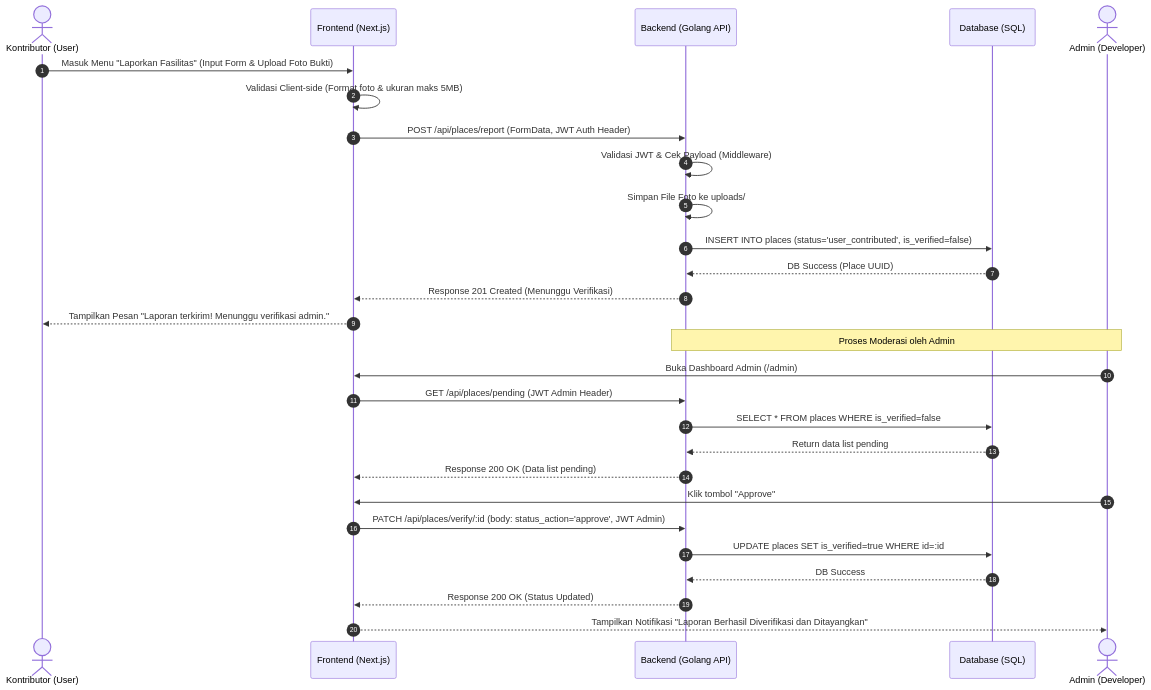
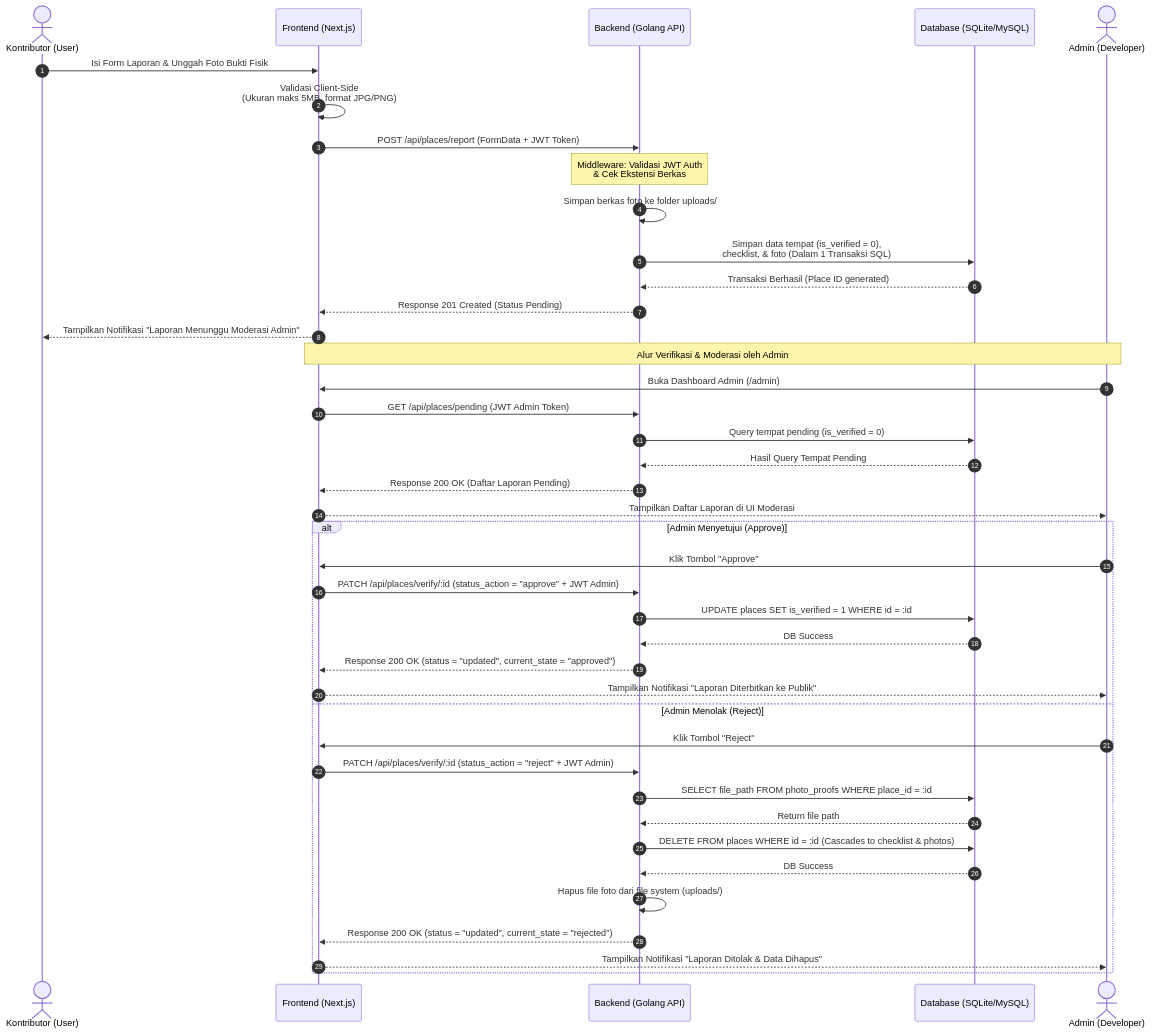
One commit to DisaCare/DisaCare_test changed the second of 2 diagrams in README.md. Above: the diagram before and after it, drawn with Mermaid. The commit also changed other lines of this file and 2 other files, not shown here.

````diff
--- a/README.md
+++ b/README.md
@@ -106,32 +118,46 @@
 ```mermaid
 sequenceDiagram
     autonumber
     actor K as Kontributor (User)
     participant F as Frontend (Next.js)
     participant B as Backend (Golang API)
-    participant D as Database (SQL)
+    participant DB as Database (SQLite/MySQL)
     actor A as Admin (Developer)
 
-    K->>F: Masuk Menu "Laporkan Fasilitas" (Input Form & Upload Foto Bukti)
-    F->>F: Validasi Client-side (Format foto & ukuran maks 5MB)
-    F->>B: POST /api/places/report (FormData, JWT Auth Header)
-    B->>B: Validasi JWT & Cek Payload (Middleware)
-    B->>B: Simpan File Foto ke uploads/
-    B->>D: INSERT INTO places (status='user_contributed', is_verified=false)
-    D-->>B: DB Success (Place UUID)
-    B-->>F: Response 201 Created (Menunggu Verifikasi)
-    F-->>K: Tampilkan Pesan "Laporan terkirim! Menunggu verifikasi admin."
+    K->>F: Isi Form Laporan & Unggah Foto Bukti Fisik
+    F->>F: Validasi Client-Side<br/>(Ukuran maks 5MB, format JPG/PNG)
+    F->>B: POST /api/places/report (FormData + JWT Token)
+    Note over B: Middleware: Validasi JWT Auth<br/>& Cek Ekstensi Berkas
+    B->>B: Simpan berkas foto ke folder uploads/
+    B->>DB: Simpan data tempat (is_verified = 0),<br/>checklist, & foto (Dalam 1 Transaksi SQL)
+    DB-->>B: Transaksi Berhasil (Place ID generated)
+    B-->>F: Response 201 Created (Status Pending)
+    F-->>K: Tampilkan Notifikasi "Laporan Menunggu Moderasi Admin"
 
-    Note over B,A: Proses Moderasi oleh Admin
+    Note over F,A: Alur Verifikasi & Moderasi oleh Admin
     A->>F: Buka Dashboard Admin (/admin)
-    F->>B: GET /api/places/pending (JWT Admin Header)
-    B->>D: SELECT * FROM places WHERE is_verified=false
-    D-->>B: Return data list pending
-    B-->>F: Response 200 OK (Data list pending)
-    A->>F: Klik tombol "Approve"
-    F->>B: PATCH /api/places/verify/:id (body: status_action='approve', JWT Admin)
-    B->>D: UPDATE places SET is_verified=true WHERE id=:id
-    D-->>B: DB Success
-    B-->>F: Response 200 OK (Status Updated)
-    F-->>A: Tampilkan Notifikasi "Laporan Berhasil Diverifikasi dan Ditayangkan"
+    F->>B: GET /api/places/pending (JWT Admin Token)
+    B->>DB: Query tempat pending (is_verified = 0)
+    DB-->>B: Hasil Query Tempat Pending
+    B-->>F: Response 200 OK (Daftar Laporan Pending)
+    F-->>A: Tampilkan Daftar Laporan di UI Moderasi
+
+    alt Admin Menyetujui (Approve)
+        A->>F: Klik Tombol "Approve"
+        F->>B: PATCH /api/places/verify/:id (status_action = "approve" + JWT Admin)
+        B->>DB: UPDATE places SET is_verified = 1 WHERE id = :id
+        DB-->>B: DB Success
+        B-->>F: Response 200 OK (status = "updated", current_state = "approved")
+        F-->>A: Tampilkan Notifikasi "Laporan Diterbitkan ke Publik"
+    else Admin Menolak (Reject)
+        A->>F: Klik Tombol "Reject"
+        F->>B: PATCH /api/places/verify/:id (status_action = "reject" + JWT Admin)
+        B->>DB: SELECT file_path FROM photo_proofs WHERE place_id = :id
+        DB-->>B: Return file path
+        B->>DB: DELETE FROM places WHERE id = :id (Cascades to checklist & photos)
+        DB-->>B: DB Success
+        B->>B: Hapus file foto dari file system (uploads/)
+        B-->>F: Response 200 OK (status = "updated", current_state = "rejected")
+        F-->>A: Tampilkan Notifikasi "Laporan Ditolak & Data Dihapus"
+    end
 ```
````
